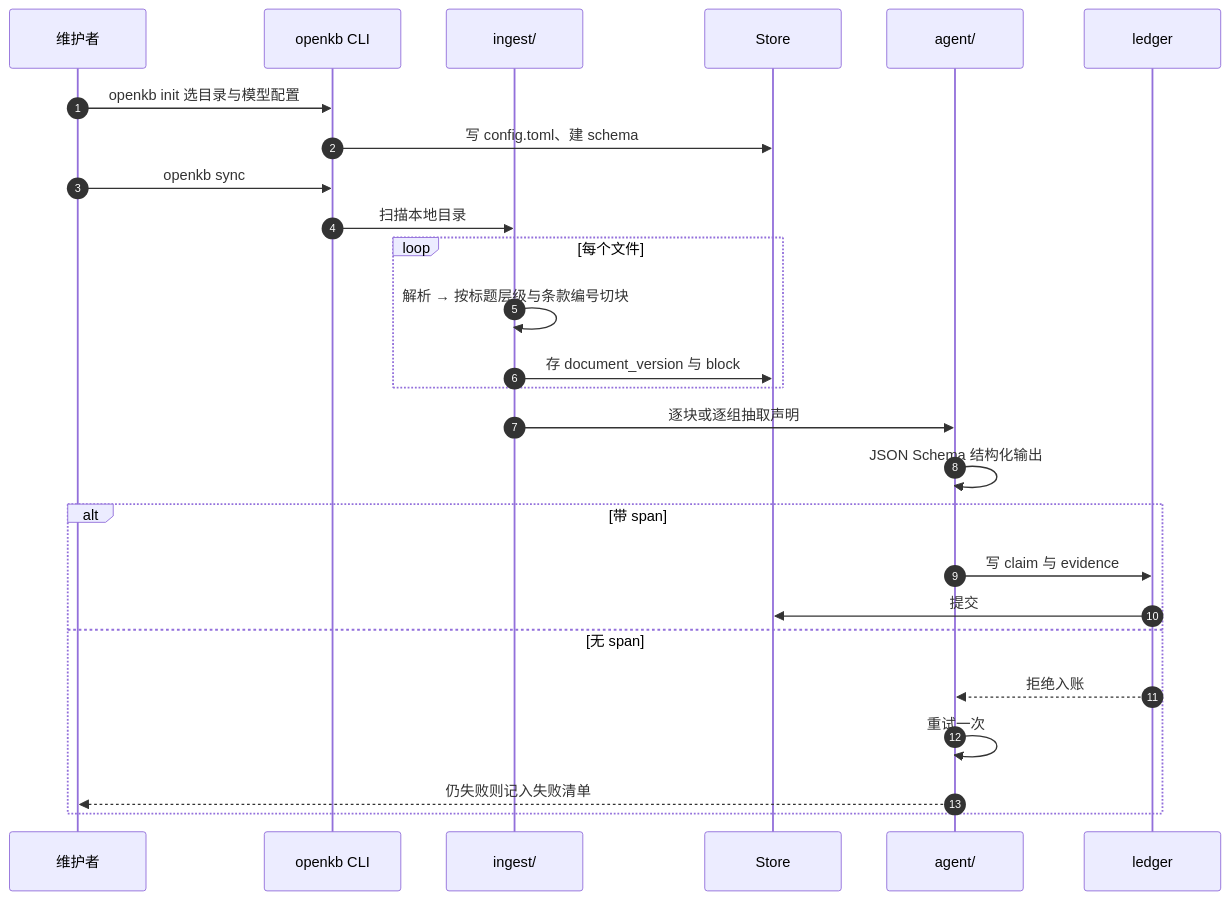
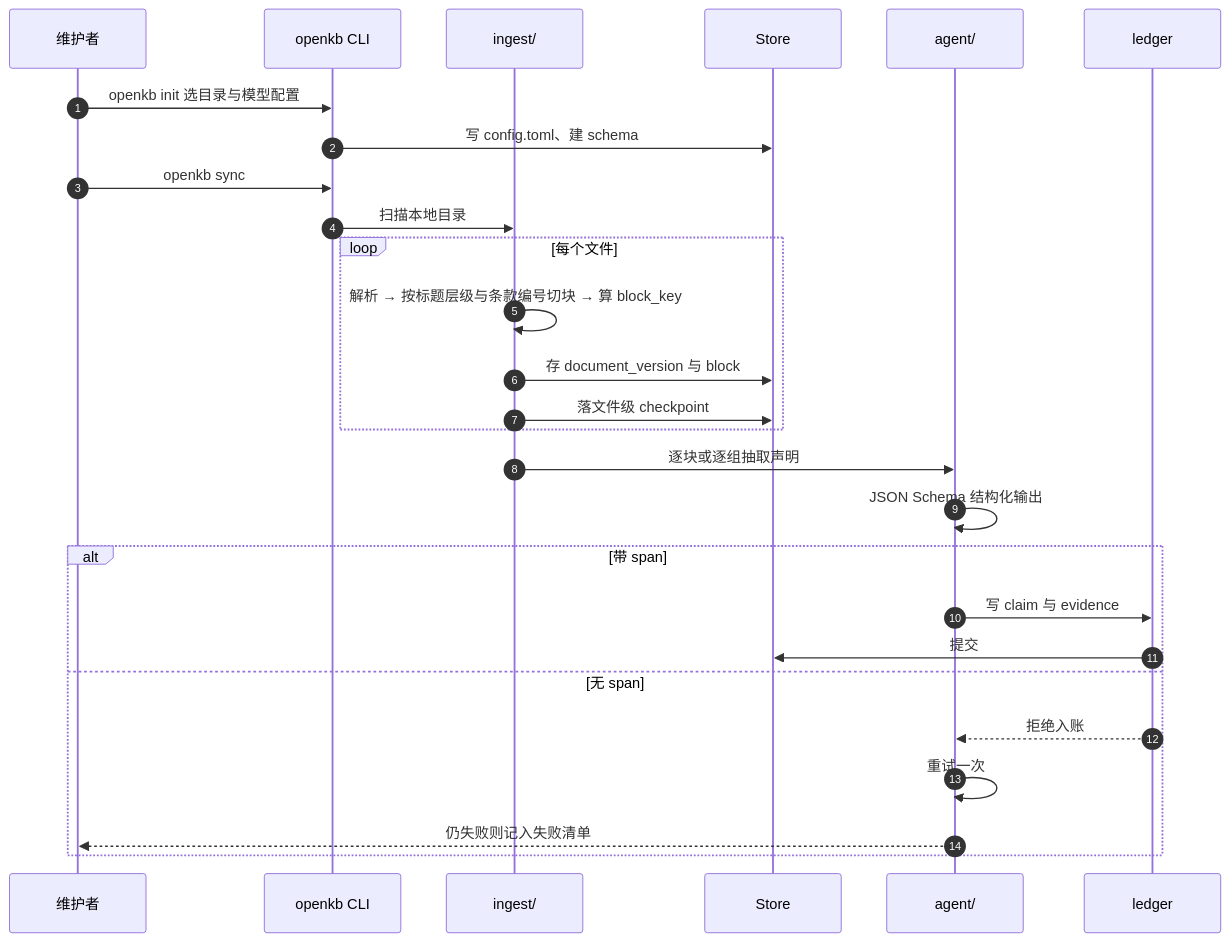
One commit to Kstheme/open-super-agent-kb changed the fifth of 11 diagrams in docs/architecture.md. Above: the diagram before and after it, drawn with Mermaid. The commit also changed other lines of this file and 11 other files, not shown here.

````diff
--- a/docs/architecture.md
+++ b/docs/architecture.md
@@ -209,29 +219,30 @@
 ```mermaid
 sequenceDiagram
     autonumber
     participant U as 维护者
     participant CLI as openkb CLI
     participant ING as ingest/
     participant ST as Store
     participant AG as agent/
     participant LG as ledger
 
     U->>CLI: openkb init 选目录与模型配置
     CLI->>ST: 写 config.toml、建 schema
     U->>CLI: openkb sync
     CLI->>ING: 扫描本地目录
     loop 每个文件
-        ING->>ING: 解析 → 按标题层级与条款编号切块
+        ING->>ING: 解析 → 按标题层级与条款编号切块 → 算 block_key
         ING->>ST: 存 document_version 与 block
+        ING->>ST: 落文件级 checkpoint
     end
     ING->>AG: 逐块或逐组抽取声明
     AG->>AG: JSON Schema 结构化输出
     alt 带 span
         AG->>LG: 写 claim 与 evidence
         LG->>ST: 提交
     else 无 span
         LG-->>AG: 拒绝入账
         AG->>AG: 重试一次
         AG-->>U: 仍失败则记入失败清单
     end
 ```
````
